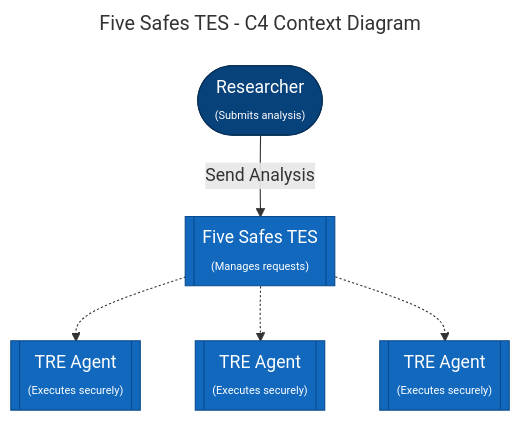
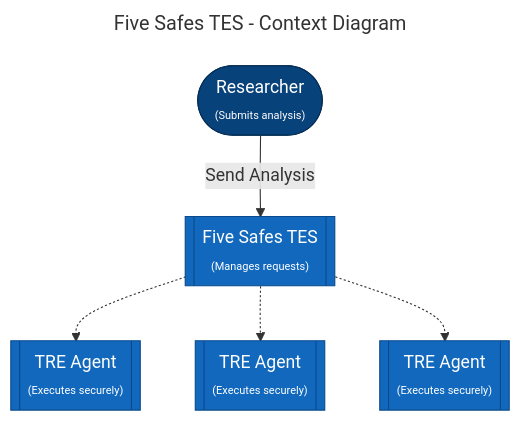
The diagram in website/pages/five_safes_tes/overview.mdx (federated-research/docs), drawn with Mermaid before and after one commit. The commit also changed other lines of this file and 2 other files, not shown here.

Commit message:
Fixed Title

````diff
--- a/website/pages/five_safes_tes/overview.mdx
+++ b/website/pages/five_safes_tes/overview.mdx
@@ -12,26 +12,26 @@
 ```mermaid
 ---
-title: Five Safes TES - C4 Context Diagram
+title: Five Safes TES - Context Diagram
 ---
 graph TD
 
     %% ---------- nodes ----------
     researcher([Researcher<br/><font size='1'>#40;Submits analysis#41;</font>])
     fivesafes[[Five Safes TES<br/><font size='1'>#40;Manages requests#41;</font>]]
     treagent1[[TRE Agent<br/><font size='1'>#40;Executes securely#41;</font>]]
     treagent2[[TRE Agent<br/><font size='1'>#40;Executes securely#41;</font>]]
     treagent3[[TRE Agent<br/><font size='1'>#40;Executes securely#41;</font>]]
 
     %% ---------- connections ----------
     researcher -->|Send Analysis| fivesafes
     fivesafes -.-> treagent1
     fivesafes -.-> treagent2
     fivesafes -.-> treagent3
 
     %% ---------- styling ----------
     classDef person fill:#08427b,color:#fff,stroke:#052e56
     classDef system fill:#1168bd,color:#fff,stroke:#0a4a8c
     class researcher person
     class fivesafes,treagent1,treagent2,treagent3 system
 
 ```
````
